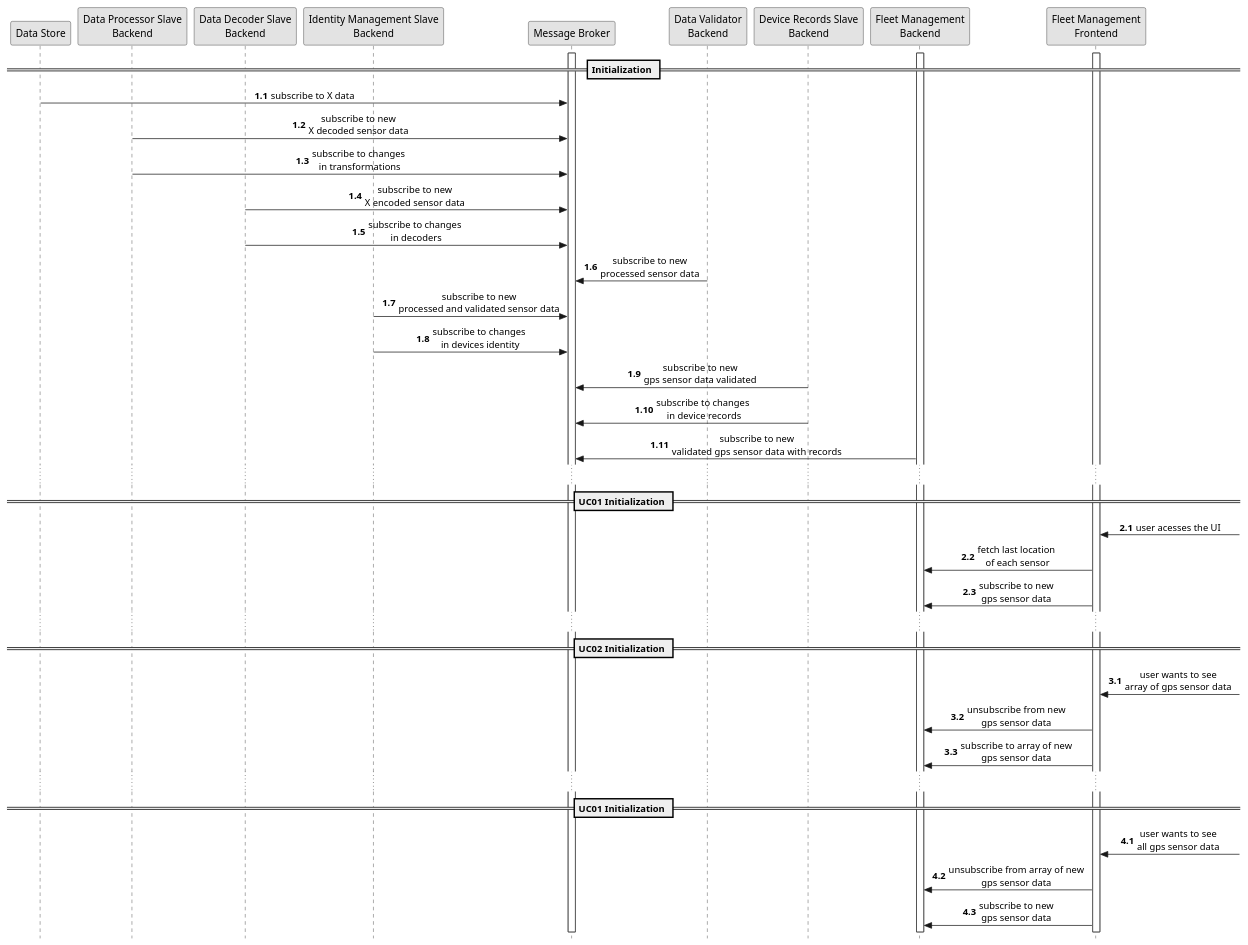
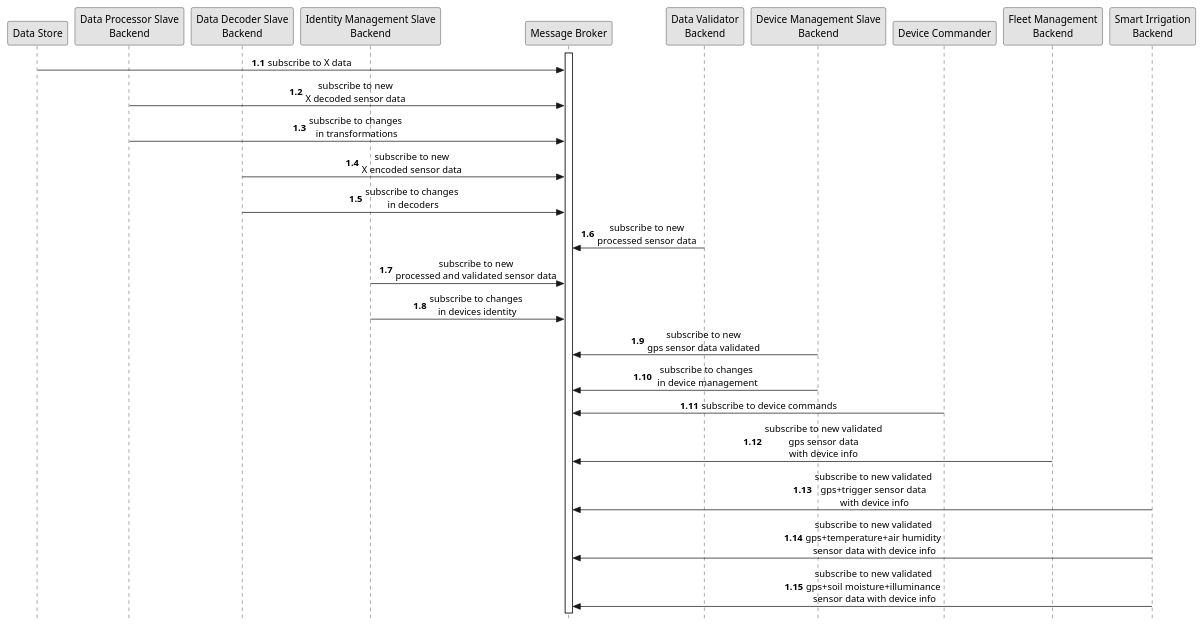
The diagram in docs/architecture/diagrams/process/process-view-level2-uc00.pu (FilipeMCruz/sensae-console), drawn with PlantUML before and after one commit. The commit also changed 13 other files, not shown here.

Commit message:
Finnished updating architecture docs

```diff
--- a/docs/architecture/diagrams/process/process-view-level2-uc00.pu
+++ b/docs/architecture/diagrams/process/process-view-level2-uc00.pu
@@ -1,58 +1,40 @@
 @startuml process-view-level2-uc00
 
 skinparam Monochrome true
 skinparam sequenceMessageAlign center
 skinparam style strictuml
 hide unlinked
 
 autonumber 1.1
 
 participant "Data Gateway" as DG
 participant "Data Store" as DS
 participant "Data Processor Slave\nBackend" as SDP
 participant "Data Decoder Slave\nBackend" as SDD
 participant "Identity Management Slave\nBackend" as SIM
 participant "Message Broker" as MB
 participant "Data Validator\nBackend" as DVB
-participant "Device Records Slave\nBackend" as DRSB
+participant "Device Management Slave\nBackend" as DRSB
+participant "Device Commander" as DC
 participant "Fleet Management\nBackend" as LTB
-participant "Fleet Management\nFrontend" as LTF
+participant "Smart Irrigation\nBackend" as SIB
 
 activate MB
-activate LTF
-activate LTB
 
-== Initialization ==
 DS -> MB :   subscribe to X data
 SDP -> MB :  subscribe to new\nX decoded sensor data
 SDP -> MB :  subscribe to changes\n in transformations
 SDD -> MB :  subscribe to new\nX encoded sensor data
 SDD -> MB :  subscribe to changes\n in decoders
 DVB -> MB :  subscribe to new\nprocessed sensor data
 SIM -> MB :  subscribe to new\nprocessed and validated sensor data
 SIM -> MB :  subscribe to changes\n in devices identity
 DRSB -> MB : subscribe to new\ngps sensor data validated
-DRSB -> MB : subscribe to changes\n in device records
-LTB -> MB :  subscribe to new\nvalidated gps sensor data with records
-
-...
-== UC01 Initialization ==
-autonumber inc A
-LTF <- : user acesses the UI
-LTF -> LTB : fetch last location\n of each sensor
-LTF -> LTB : subscribe to new\ngps sensor data
-...
-== UC02 Initialization ==
-autonumber inc A
-LTF <- : user wants to see\narray of gps sensor data
-LTF -> LTB : unsubscribe from new\ngps sensor data
-LTF -> LTB : subscribe to array of new\ngps sensor data
-
-...
-== UC01 Initialization ==
-autonumber inc A
-LTF <- : user wants to see\nall gps sensor data
-LTF -> LTB : unsubscribe from array of new\ngps sensor data
-LTF -> LTB : subscribe to new\ngps sensor data
+DRSB -> MB : subscribe to changes\n in device management
+DC -> MB : subscribe to device commands
+LTB -> MB :  subscribe to new validated\ngps sensor data\nwith device info
+SIB -> MB :  subscribe to new validated\ngps+trigger sensor data\n with device info
+SIB -> MB :  subscribe to new validated\ngps+temperature+air humidity\n sensor data with device info
+SIB -> MB :  subscribe to new validated\ngps+soil moisture+illuminance\n sensor data with device info
 
 @enduml
```
